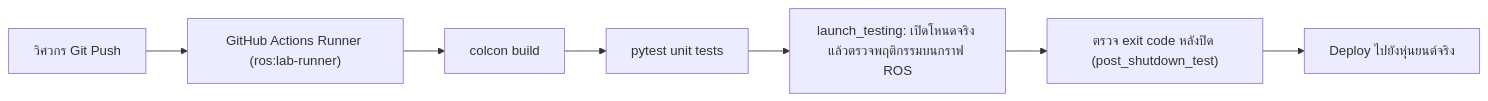
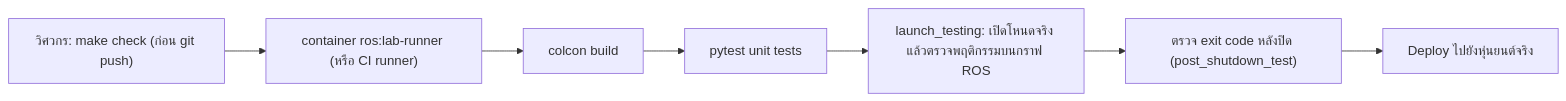
Before and after one commit to alfaXphoori/ros2: the third of 3 diagrams in Advanced_ROS/05_Production_CI_CD_Security/README.md, drawn with Mermaid. The commit also changed other lines of this file and 3 other files, not shown here.

First line of the commit message:
ci: drop GitHub Actions, run checks locally with make check

````diff
--- a/Advanced_ROS/05_Production_CI_CD_Security/README.md
+++ b/Advanced_ROS/05_Production_CI_CD_Security/README.md
@@ -147,9 +148,9 @@
 ```mermaid
 flowchart LR
-    Dev["วิศวกร Git Push"] --> Action["GitHub Actions Runner (ros:lab-runner)"]
+    Dev["วิศวกร: make check (ก่อน git push)"] --> Action["container ros:lab-runner (หรือ CI runner)"]
     Action --> Build["colcon build"]
     Build --> Unit["pytest unit tests"]
     Unit --> IntTest["launch_testing: เปิดโหนดจริง แล้วตรวจพฤติกรรมบนกราฟ ROS"]
     IntTest --> Assert["ตรวจ exit code หลังปิด (post_shutdown_test)"]
     Assert --> Deploy["Deploy ไปยังหุ่นยนต์จริง"]
 ```
````
